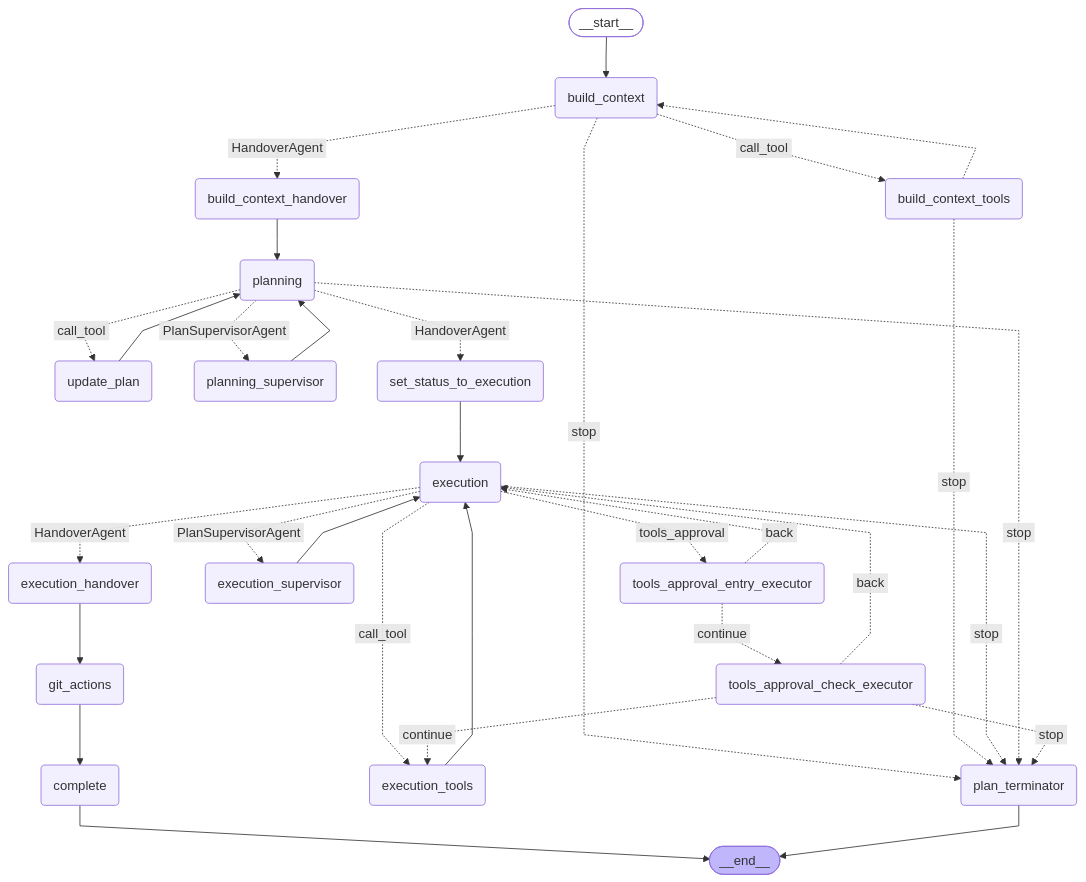
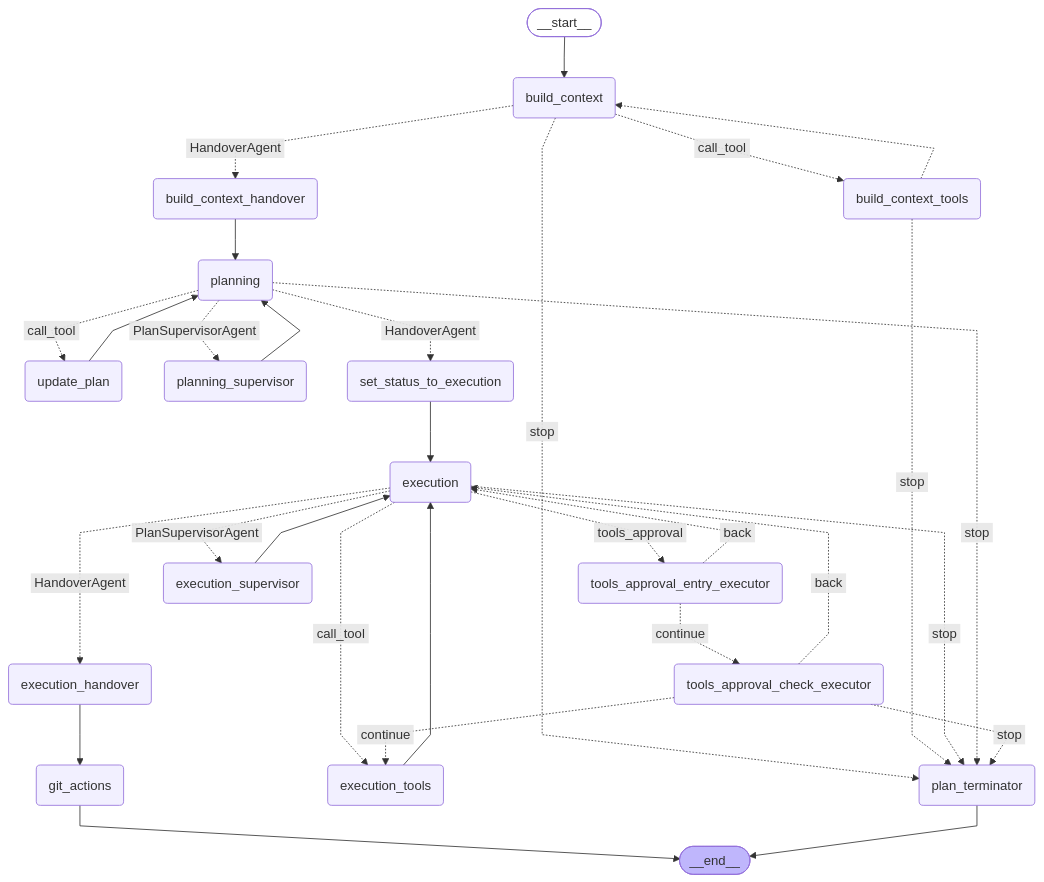
Before and after one commit to movax01h/ai-gateway: the fifth of 5 diagrams in docs/duo_workflow_service_graphs.md, drawn with Mermaid. The commit also changed 6 other files, not shown here.

````diff
--- a/docs/duo_workflow_service_graphs.md
+++ b/docs/duo_workflow_service_graphs.md
@@ -171,59 +171,57 @@
 ```mermaid
 ---
 config:
   flowchart:
     curve: linear
 ---
 graph TD;
     __start__([<p>__start__</p>]):::first
     build_context(build_context)
     build_context_tools(build_context_tools)
     build_context_handover(build_context_handover)
     planning(planning)
     update_plan(update_plan)
     planning_supervisor(planning_supervisor)
     plan_terminator(plan_terminator)
     set_status_to_execution(set_status_to_execution)
     execution(execution)
     tools_approval_entry_executor(tools_approval_entry_executor)
     tools_approval_check_executor(tools_approval_check_executor)
     execution_tools(execution_tools)
     execution_supervisor(execution_supervisor)
     execution_handover(execution_handover)
     git_actions(git_actions)
-    complete(complete)
     __end__([<p>__end__</p>]):::last
     __start__ --> build_context;
     build_context -. &nbsp;HandoverAgent&nbsp; .-> build_context_handover;
     build_context -. &nbsp;call_tool&nbsp; .-> build_context_tools;
     build_context -. &nbsp;stop&nbsp; .-> plan_terminator;
     build_context_handover --> planning;
     build_context_tools -.-> build_context;
     build_context_tools -. &nbsp;stop&nbsp; .-> plan_terminator;
     execution -. &nbsp;HandoverAgent&nbsp; .-> execution_handover;
     execution -. &nbsp;PlanSupervisorAgent&nbsp; .-> execution_supervisor;
     execution -. &nbsp;call_tool&nbsp; .-> execution_tools;
     execution -. &nbsp;stop&nbsp; .-> plan_terminator;
     execution -. &nbsp;tools_approval&nbsp; .-> tools_approval_entry_executor;
     execution_handover --> git_actions;
     execution_supervisor --> execution;
     execution_tools --> execution;
-    git_actions --> complete;
     planning -. &nbsp;stop&nbsp; .-> plan_terminator;
     planning -. &nbsp;PlanSupervisorAgent&nbsp; .-> planning_supervisor;
     planning -. &nbsp;HandoverAgent&nbsp; .-> set_status_to_execution;
     planning -. &nbsp;call_tool&nbsp; .-> update_plan;
     planning_supervisor --> planning;
     set_status_to_execution --> execution;
     tools_approval_check_executor -. &nbsp;back&nbsp; .-> execution;
     tools_approval_check_executor -. &nbsp;continue&nbsp; .-> execution_tools;
     tools_approval_check_executor -. &nbsp;stop&nbsp; .-> plan_terminator;
     tools_approval_entry_executor -. &nbsp;back&nbsp; .-> execution;
     tools_approval_entry_executor -. &nbsp;continue&nbsp; .-> tools_approval_check_executor;
     update_plan --> planning;
-    complete --> __end__;
+    git_actions --> __end__;
     plan_terminator --> __end__;
     classDef default fill:#f2f0ff,line-height:1.2
     classDef first fill-opacity:0
     classDef last fill:#bfb6fc
 ```
````
